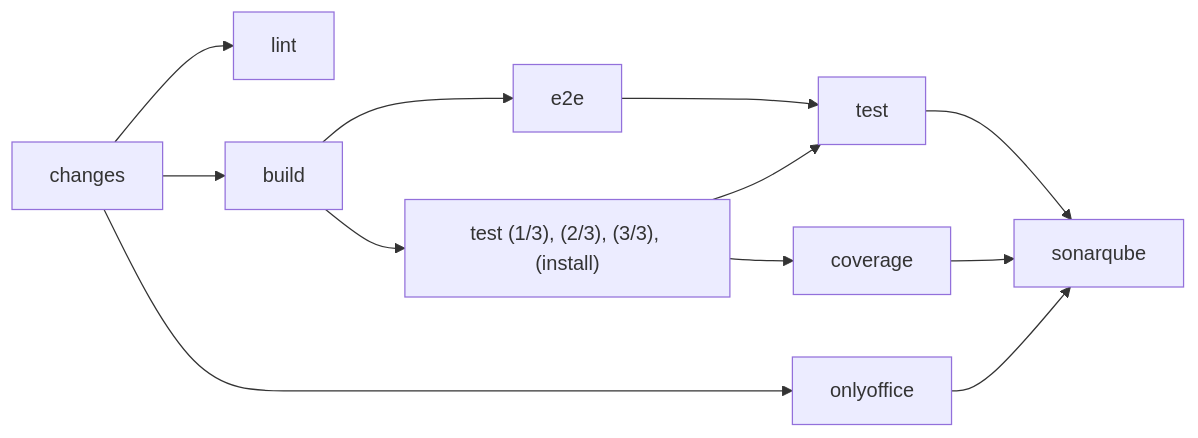
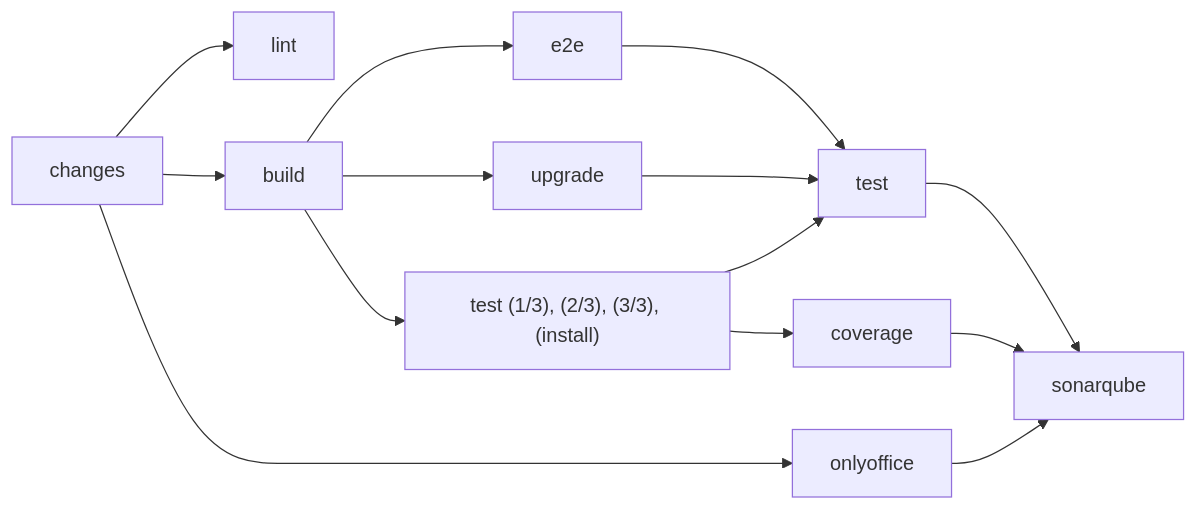
The first of 4 diagrams in docs/infrastructure/pipelines.md (SoltuneMontepre/medilab), drawn with Mermaid before and after one commit. The commit also changed other lines of this file and 14 other files, not shown here.

````diff
--- a/docs/infrastructure/pipelines.md
+++ b/docs/infrastructure/pipelines.md
@@ -25,9 +25,10 @@
 ```mermaid
 flowchart LR
     changes --> lint
     changes --> build --> runners["test (1/3), (2/3), (3/3), (install)"]
     build --> e2e --> test
+    build --> upgrade --> test
     runners --> test --> sonarqube
     runners --> coverage --> sonarqube
     changes --> onlyoffice --> sonarqube
 ```
````
